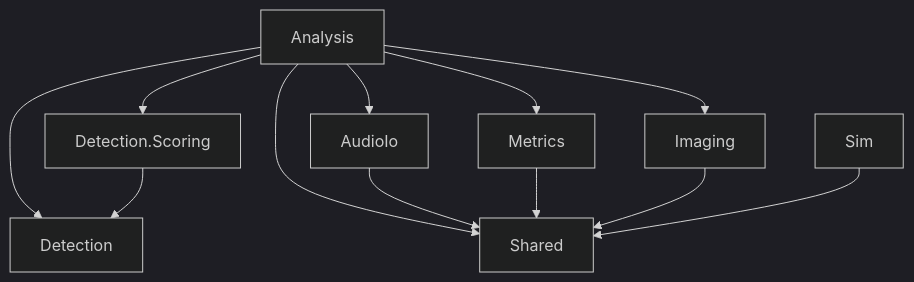
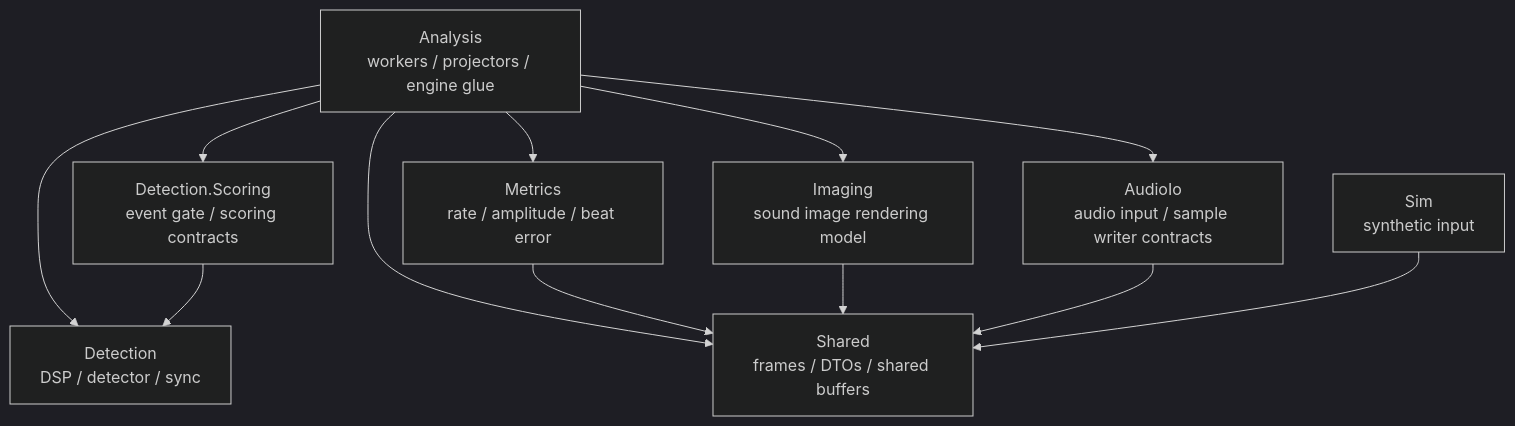
One commit to lgcmu2026-team5/TimeGrapher-Docs changed the second of 2 diagrams in TempDocs/JD/MODULE_USES_VIEW_JD.ko.md. Above: the diagram before and after it, drawn with Mermaid (dark theme). The commit also changed other lines of this file and 1 other file, not shown here.

````diff
--- a/TempDocs/JD/MODULE_USES_VIEW_JD.ko.md
+++ b/TempDocs/JD/MODULE_USES_VIEW_JD.ko.md
@@ -94,23 +49,23 @@
 ```mermaid
 flowchart TB
-    Analysis["Analysis"]
-    Detection["Detection"]
-    Scoring["Detection.Scoring"]
-    Metrics["Metrics"]
-    Imaging["Imaging"]
-    AudioIo["AudioIo"]
-    Sim["Sim"]
-    Shared["Shared"]
+    Analysis["Analysis<br/>workers / projectors / engine glue"]
+    Detection["Detection<br/>DSP / detector / sync"]
+    Scoring["Detection.Scoring<br/>event gate / scoring contracts"]
+    Metrics["Metrics<br/>rate / amplitude / beat error"]
+    Imaging["Imaging<br/>sound image rendering model"]
+    AudioIo["AudioIo<br/>audio input / sample writer contracts"]
+    Sim["Sim<br/>synthetic input"]
+    Shared["Shared<br/>frames / DTOs / shared buffers"]
 
     Analysis --> Detection
     Analysis --> Scoring
     Analysis --> Metrics
     Analysis --> Imaging
     Analysis --> AudioIo
     Analysis --> Shared
     Scoring --> Detection
-    AudioIo --> Shared
     Metrics --> Shared
     Imaging --> Shared
+    AudioIo --> Shared
     Sim --> Shared
 ```
````
